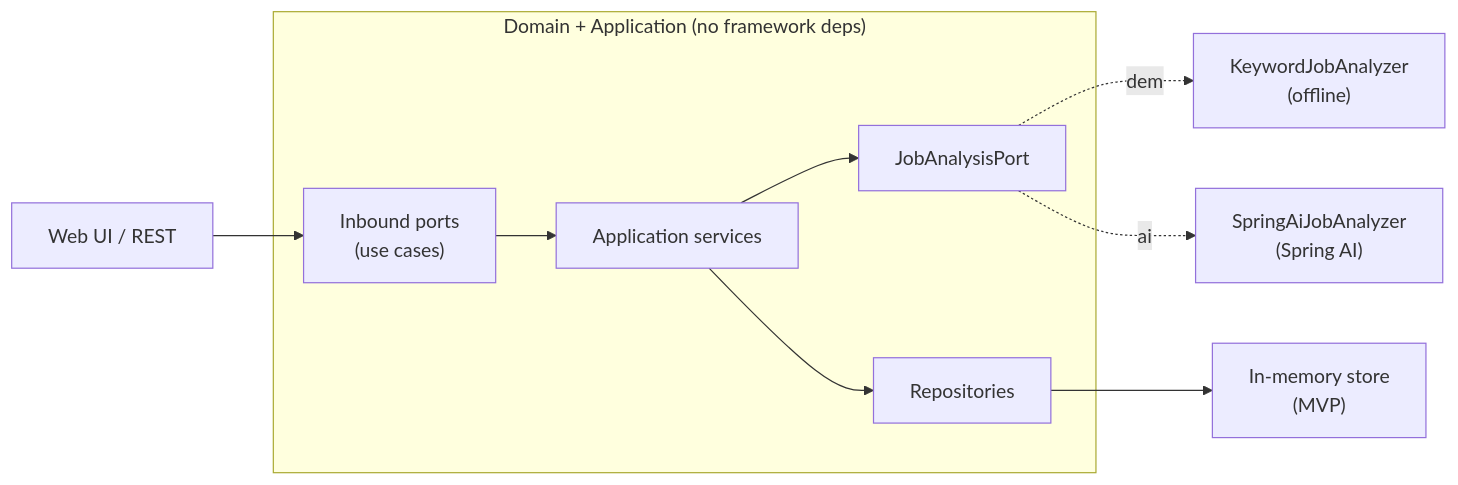
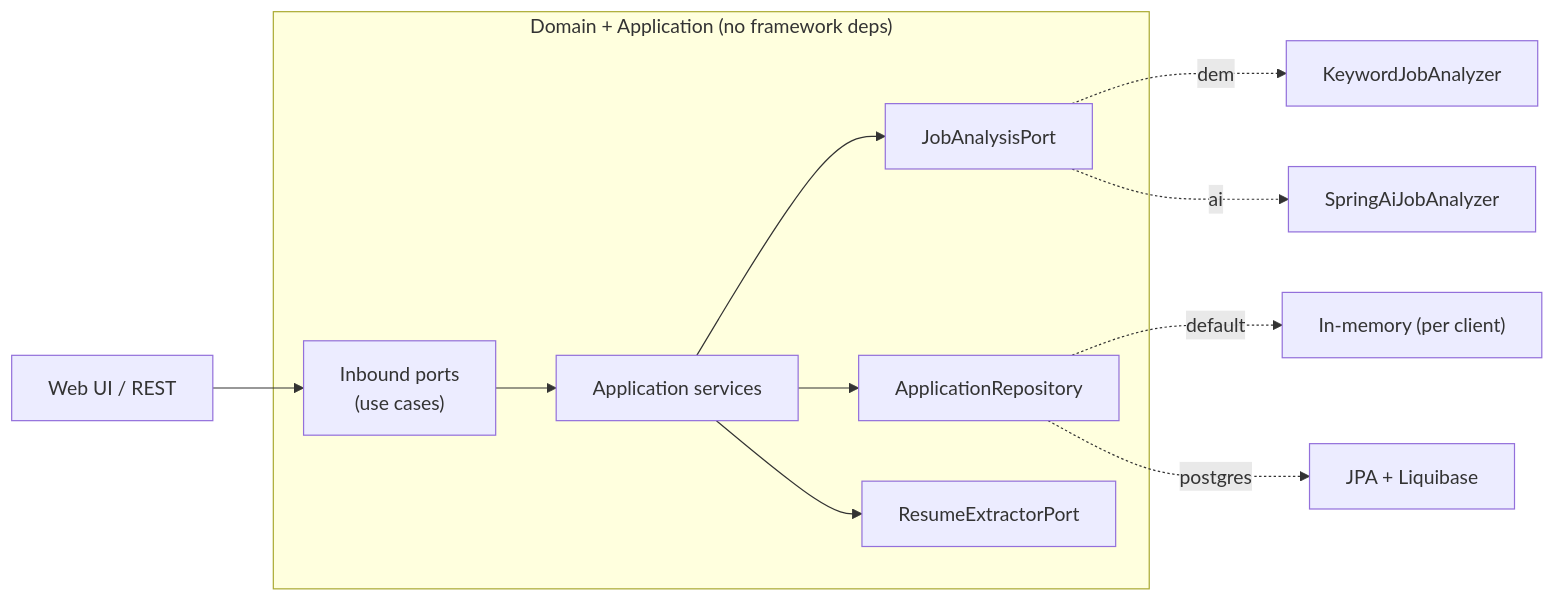
Before and after one commit to dev-codewitheli/joblens: the diagram in README.md, drawn with Mermaid. The commit also changed other lines of this file and 45 other files, not shown here.

````diff
--- a/README.md
+++ b/README.md
@@ -36,17 +36,20 @@
 ```mermaid
 flowchart LR
     UI["Web UI / REST"] --> IN["Inbound ports<br/>(use cases)"]
     IN --> SVC["Application services"]
     SVC --> OUTA["JobAnalysisPort"]
-    SVC --> OUTR["Repositories"]
-    OUTA -.demo.-> KW["KeywordJobAnalyzer<br/>(offline)"]
-    OUTA -.ai.-> AI["SpringAiJobAnalyzer<br/>(Spring AI)"]
-    OUTR --> MEM["In-memory store<br/>(MVP)"]
+    SVC --> OUTR["ApplicationRepository"]
+    SVC --> OUTE["ResumeExtractorPort"]
+    OUTA -.demo.-> KW["KeywordJobAnalyzer"]
+    OUTA -.ai.-> AI["SpringAiJobAnalyzer"]
+    OUTR -.default.-> MEM["In-memory (per client)"]
+    OUTR -.postgres.-> PG["JPA + Liquibase"]
 
     subgraph core["Domain + Application (no framework deps)"]
         IN
         SVC
         OUTA
         OUTR
+        OUTE
     end
 ```
````
